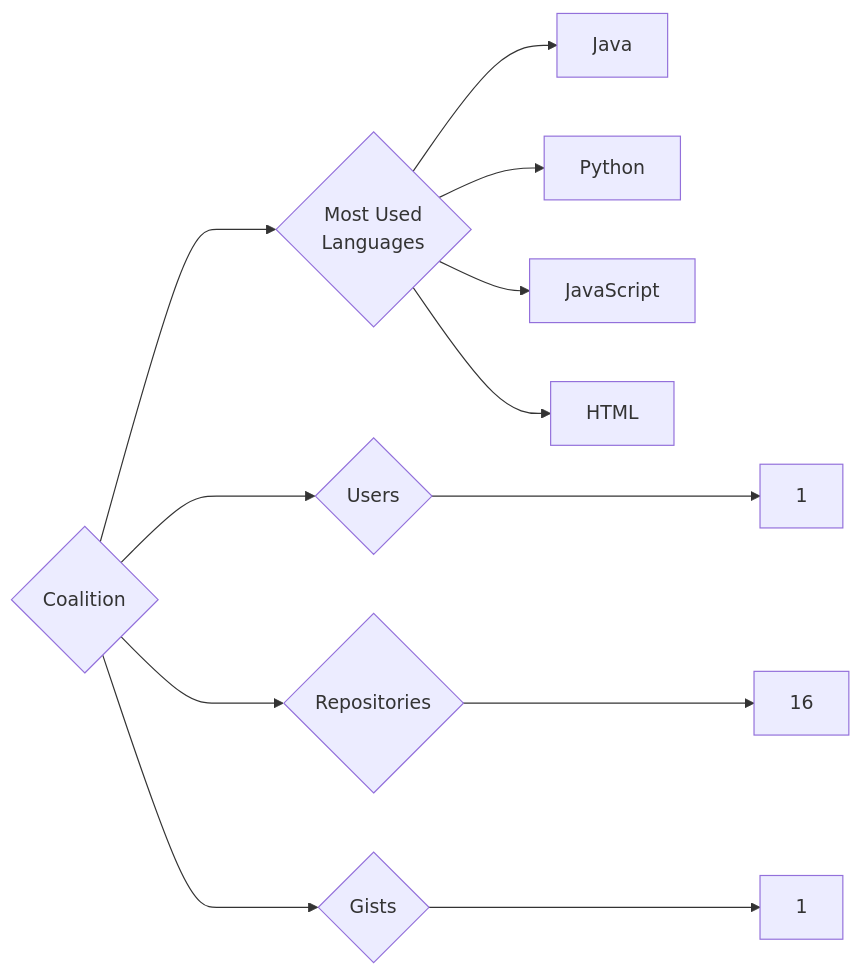
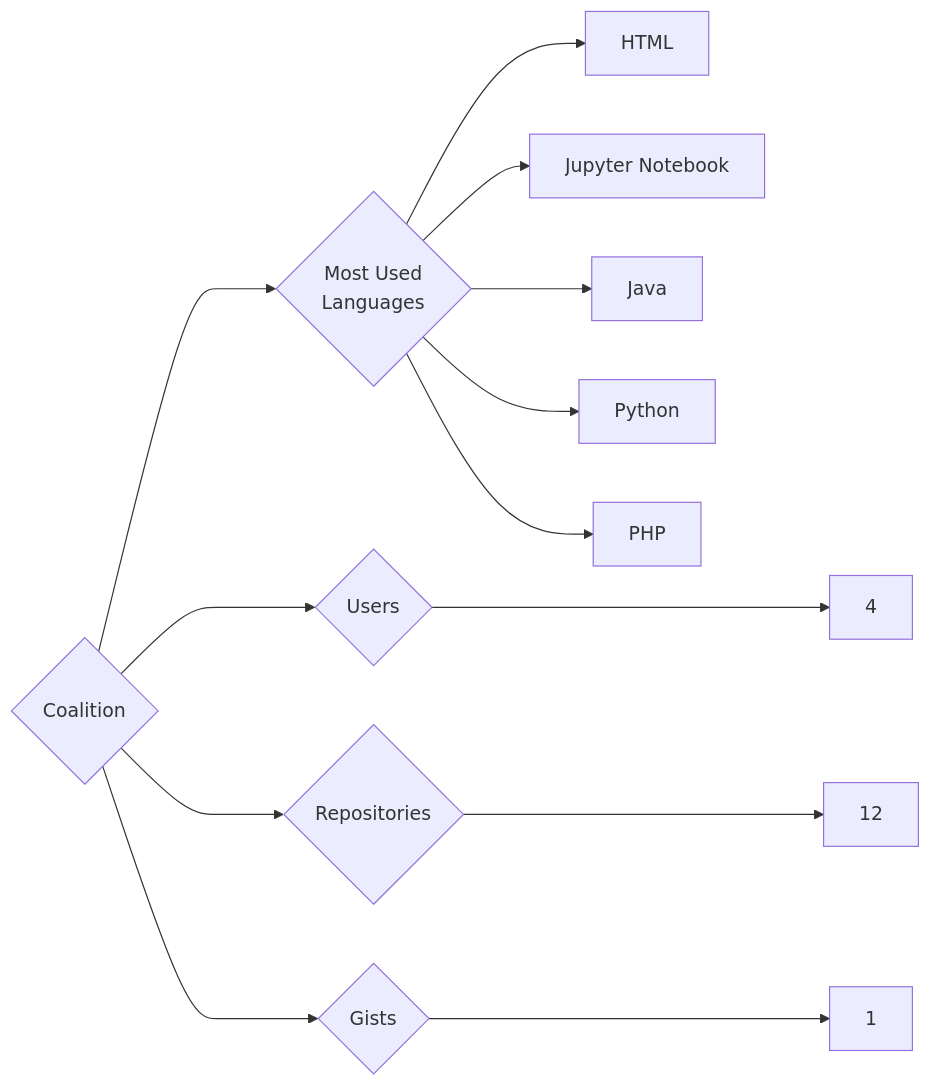
Before and after one commit to trickest/insiders: the diagram in targets/Coalition/README.md, drawn with Mermaid. The commit also changed 951 other files, not shown here.

````diff
--- a/targets/Coalition/README.md
+++ b/targets/Coalition/README.md
@@ -3,12 +3,13 @@
 ```mermaid
 graph LR
 COMPANY_NAME{Coalition}
-COMPANY_NAME ---> U{Users} ---> UN[1]
-COMPANY_NAME ---> R{Repositories} ---> RN[16]
+COMPANY_NAME ---> U{Users} ---> UN[4]
+COMPANY_NAME ---> R{Repositories} ---> RN[12]
 COMPANY_NAME ---> G{Gists} ---> GN[1]
 COMPANY_NAME ---> ML{Most Used<br>Languages}
+ML --> HTML[HTML]
+ML --> Jupyter_Notebook[Jupyter Notebook]
 ML --> Java[Java]
 ML --> Python[Python]
-ML --> JavaScript[JavaScript]
-ML --> HTML[HTML]
+ML --> PHP[PHP]
 ```
````
